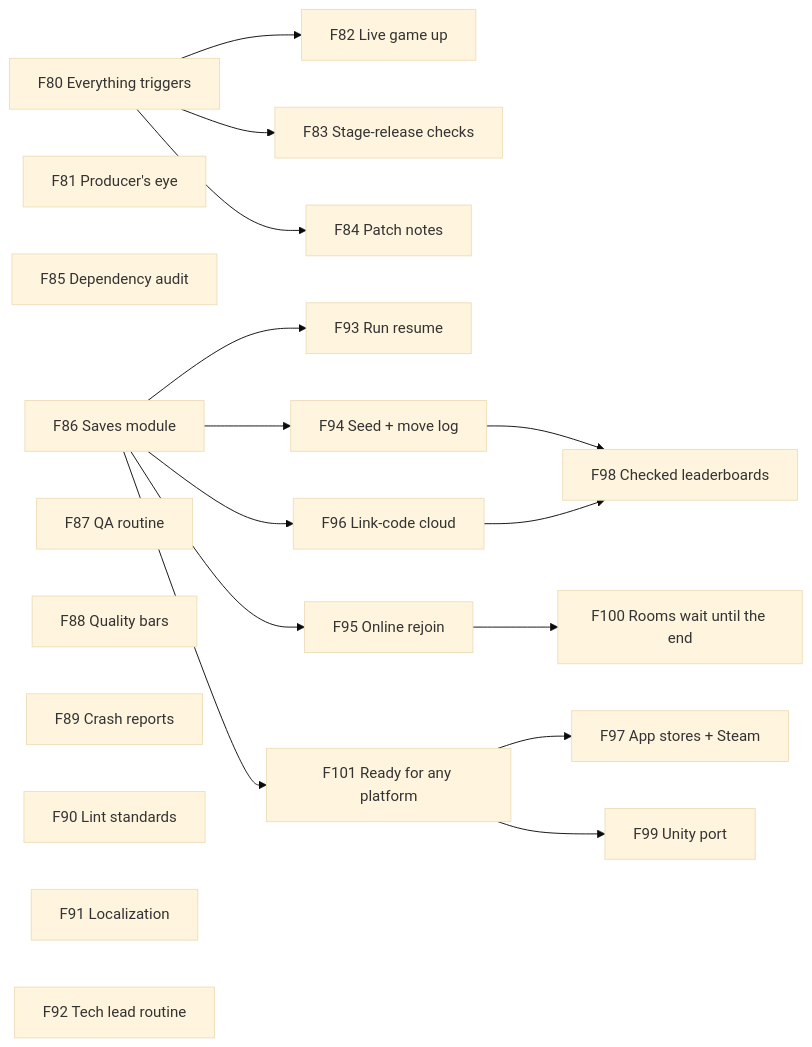
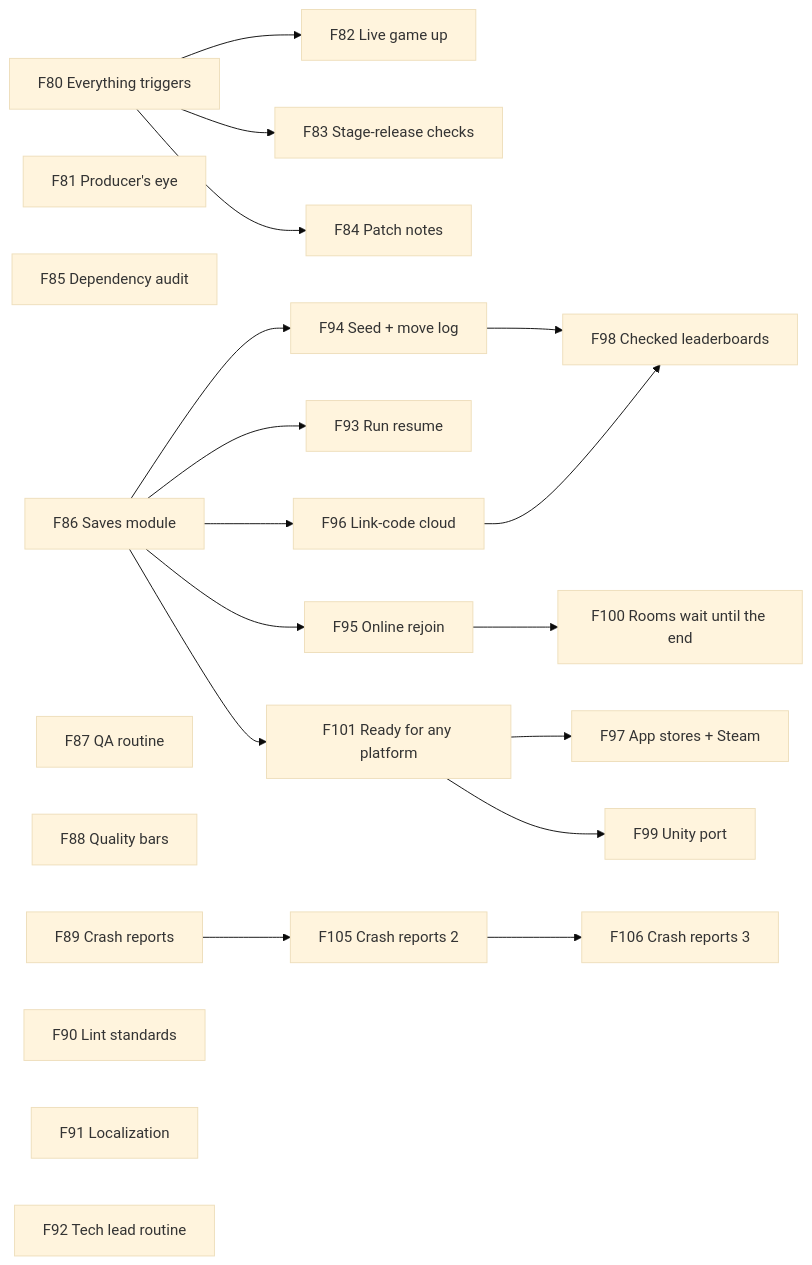
The eighth of 8 diagrams in .planning/ROADMAP.md (TheBlueMuzzy/framework), drawn with Mermaid (base theme) before and after one commit. The commit also changed other lines of this file and 5 other files, not shown here.

Commit message:
Sprint 25: when a player's game breaks, you hear about it (F89 crash reports, layer 1)

````diff
--- a/.planning/ROADMAP.md
+++ b/.planning/ROADMAP.md
@@ -214,25 +216,26 @@
 ```mermaid
 flowchart LR
   F80[F80 Everything triggers] --> F82[F82 Live game up]
   F80 --> F83[F83 Stage-release checks]
   F80 --> F84[F84 Patch notes]
   F81[F81 Producer's eye]
   F85[F85 Dependency audit]
   F86[F86 Saves module]
   F87[F87 QA routine]
   F88[F88 Quality bars]
-  F89[F89 Crash reports]
+  F89[F89 Crash reports] --> F105[F105 Crash reports 2]
+  F105 --> F106[F106 Crash reports 3]
   F90[F90 Lint standards]
   F91[F91 Localization]
   F92[F92 Tech lead routine]
   F86 --> F93[F93 Run resume]
   F86 --> F94[F94 Seed + move log]
   F86 --> F95[F95 Online rejoin]
   F86 --> F96[F96 Link-code cloud]
   F86 --> F101[F101 Ready for any platform]
   F101 --> F97[F97 App stores + Steam]
   F94 --> F98[F98 Checked leaderboards]
   F96 --> F98
   F101 --> F99[F99 Unity port]
   F95 --> F100[F100 Rooms wait until the end]
 ```
````
